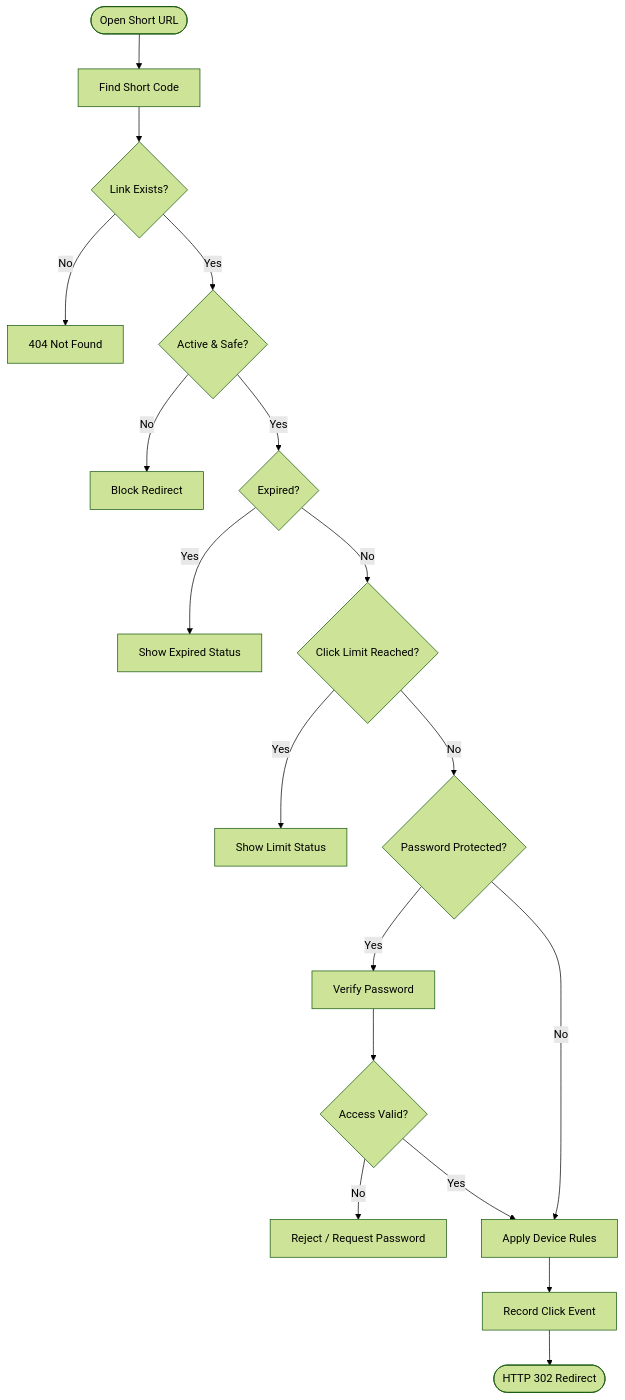
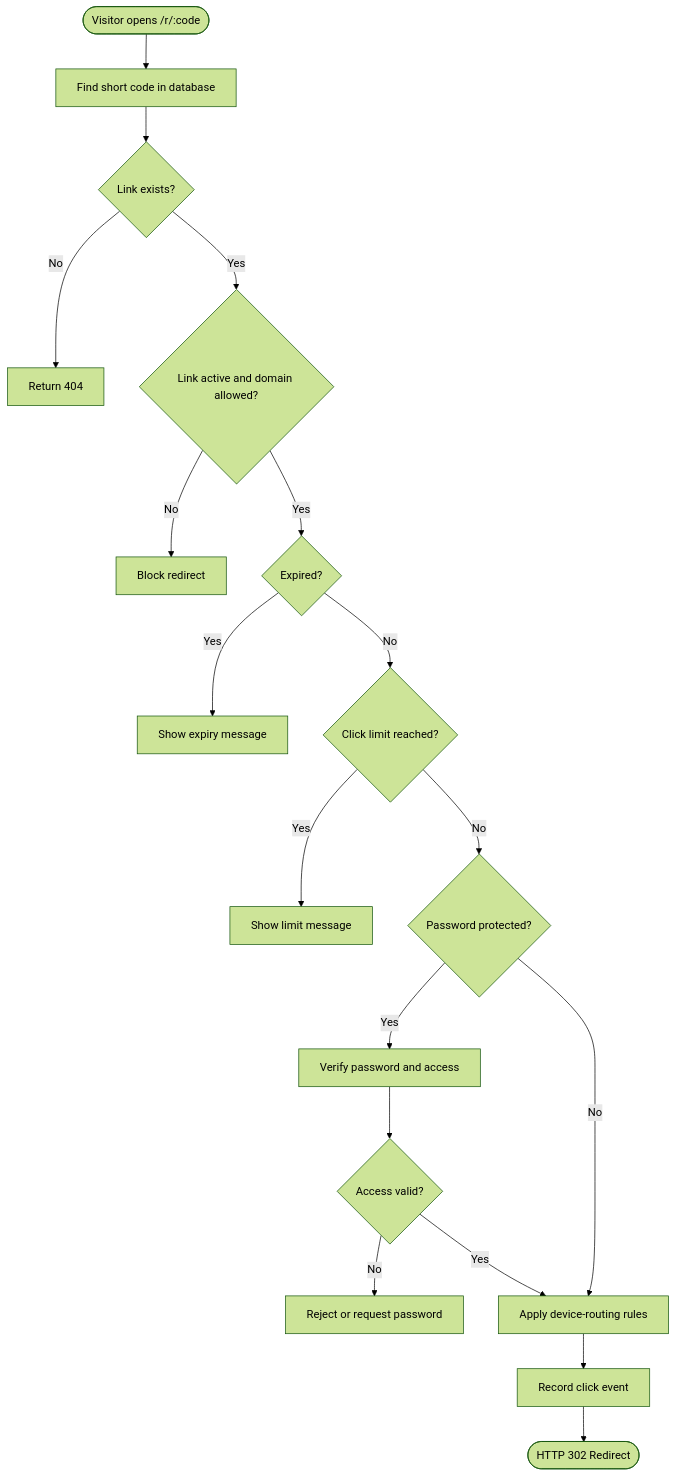
One commit to SurajRawatr07/LinkPulse changed the second of 2 diagrams in README.md. Above: the diagram before and after it, drawn with Mermaid (forest theme). The commit also changed other lines of this file, not shown here.

````diff
--- a/README.md
+++ b/README.md
@@ -90,35 +120,35 @@
 ```mermaid
 flowchart TD
-    A(["Open Short URL"])
-    B["Find Short Code"]
-    C{"Link Exists?"}
-    D["404 Not Found"]
-    E{"Active & Safe?"}
-    F["Block Redirect"]
+    A(["Visitor opens /r/:code"])
+    B["Find short code in database"]
+    C{"Link exists?"}
+    D["Return 404"]
+    E{"Link active and domain allowed?"}
+    F["Block redirect"]
     G{"Expired?"}
-    H["Show Expired Status"]
-    I{"Click Limit Reached?"}
-    J["Show Limit Status"]
-    K{"Password Protected?"}
-    L["Verify Password"]
-    M{"Access Valid?"}
-    N["Reject / Request Password"]
-    O["Apply Device Rules"]
-    P["Record Click Event"]
+    H["Show expiry message"]
+    I{"Click limit reached?"}
+    J["Show limit message"]
+    K{"Password protected?"}
+    L["Verify password and access"]
+    M{"Access valid?"}
+    N["Reject or request password"]
+    O["Apply device-routing rules"]
+    P["Record click event"]
     Q(["HTTP 302 Redirect"])
 
     A --> B --> C
     C -- No --> D
     C -- Yes --> E
     E -- No --> F
     E -- Yes --> G
     G -- Yes --> H
     G -- No --> I
     I -- Yes --> J
     I -- No --> K
     K -- Yes --> L --> M
     M -- No --> N
     M -- Yes --> O
     K -- No --> O
     O --> P --> Q
 ```
````
